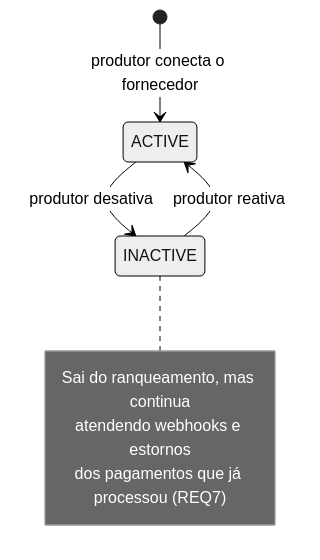
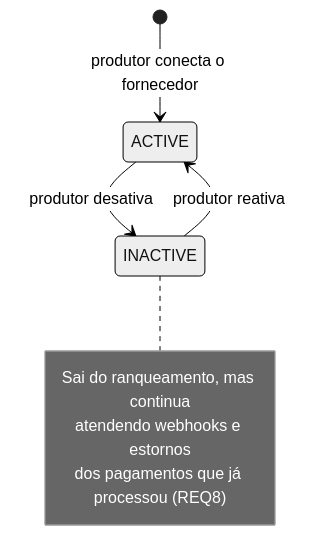
One commit to OtavioVB/ntix-backend changed the fifth of 5 diagrams in backlog/REQ4-integracoes-de-pagamento-do-produtor.md. Above: the diagram before and after it, drawn with Mermaid (neutral theme). The commit also changed other lines of this file, not shown here.

Commit message:
docs: renumber payment requirements after REQ5 authentication

````diff
--- a/backlog/REQ4-integracoes-de-pagamento-do-produtor.md
+++ b/backlog/REQ4-integracoes-de-pagamento-do-produtor.md
@@ -188,11 +188,11 @@
 ```mermaid
 stateDiagram-v2
     [*] --> ACTIVE: produtor conecta o fornecedor
     ACTIVE --> INACTIVE: produtor desativa
     INACTIVE --> ACTIVE: produtor reativa
     note right of INACTIVE
         Sai do ranqueamento, mas continua
         atendendo webhooks e estornos
-        dos pagamentos que já processou (REQ7)
+        dos pagamentos que já processou (REQ8)
     end note
 ```
````
